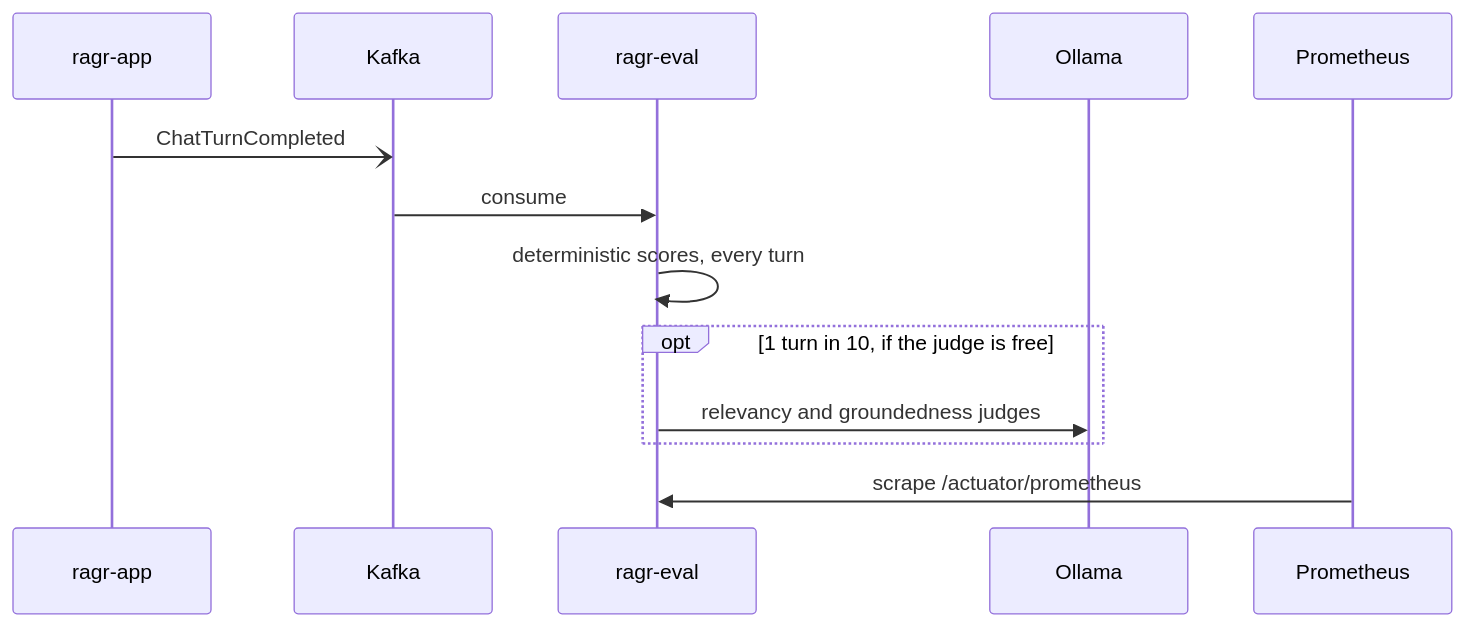
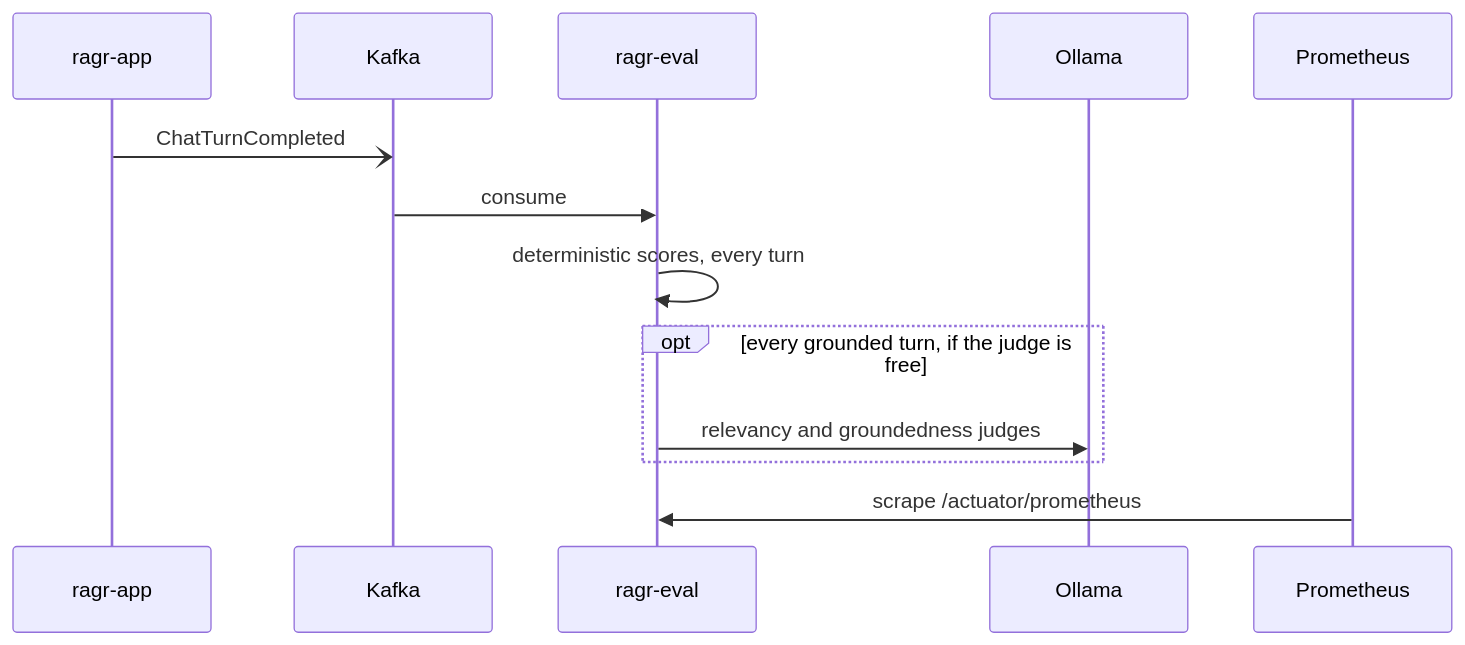
The third of 3 diagrams in README.md (subhanmishra/spring-ai), drawn with Mermaid before and after one commit. The commit also changed 5 other files, not shown here.

First line of the commit message:
Judge every live turn, and let the golden suite follow golden.judged

````diff
--- a/README.md
+++ b/README.md
@@ -118,16 +118,16 @@
 ```mermaid
 sequenceDiagram
     participant C as ragr-app
     participant K as Kafka
     participant E as ragr-eval
     participant O as Ollama
     participant M as Prometheus
 
     C-)K: ChatTurnCompleted
     K->>E: consume
     E->>E: deterministic scores, every turn
-    opt 1 turn in 10, if the judge is free
+    opt every grounded turn, if the judge is free
         E->>O: relevancy and groundedness judges
     end
     M->>E: scrape /actuator/prometheus
 ```
````
